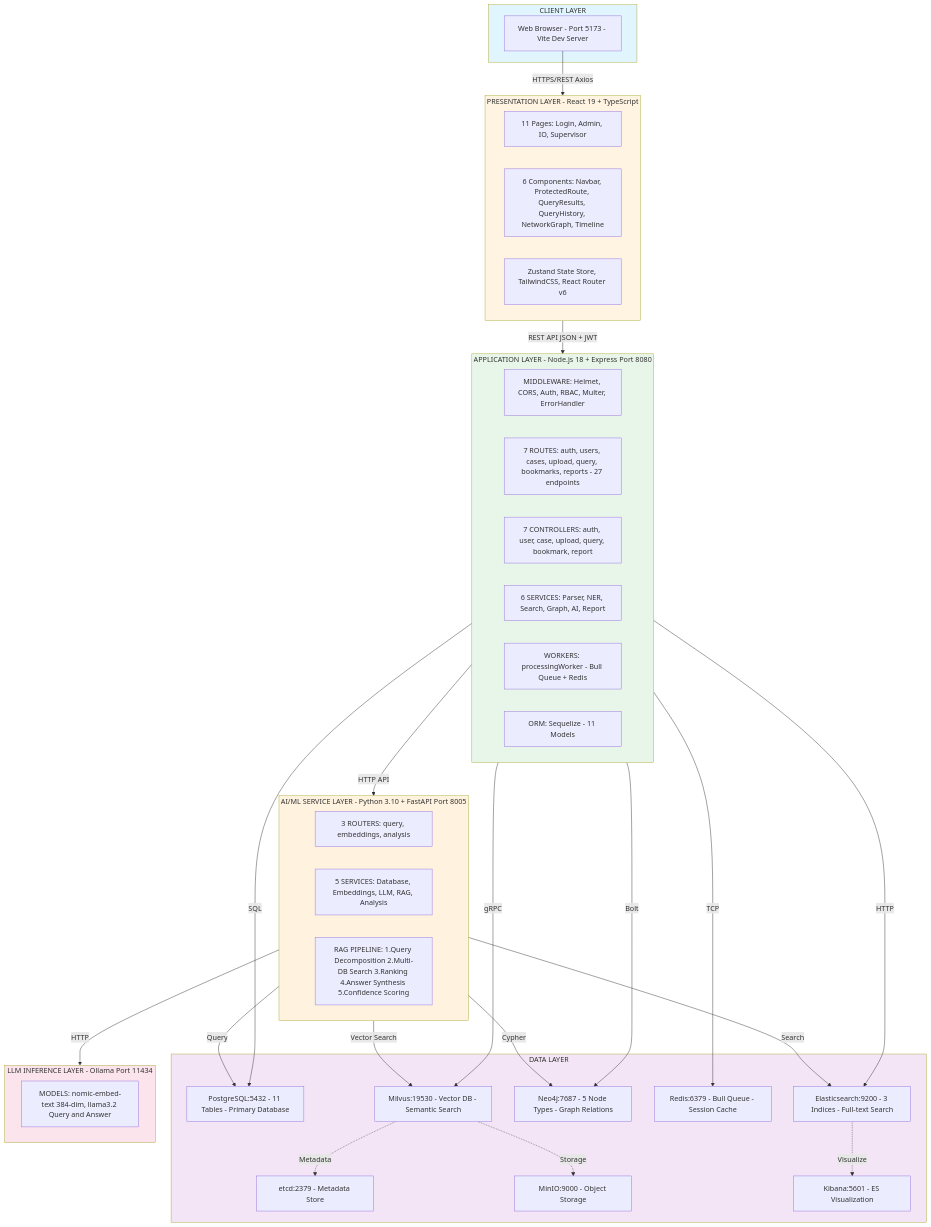
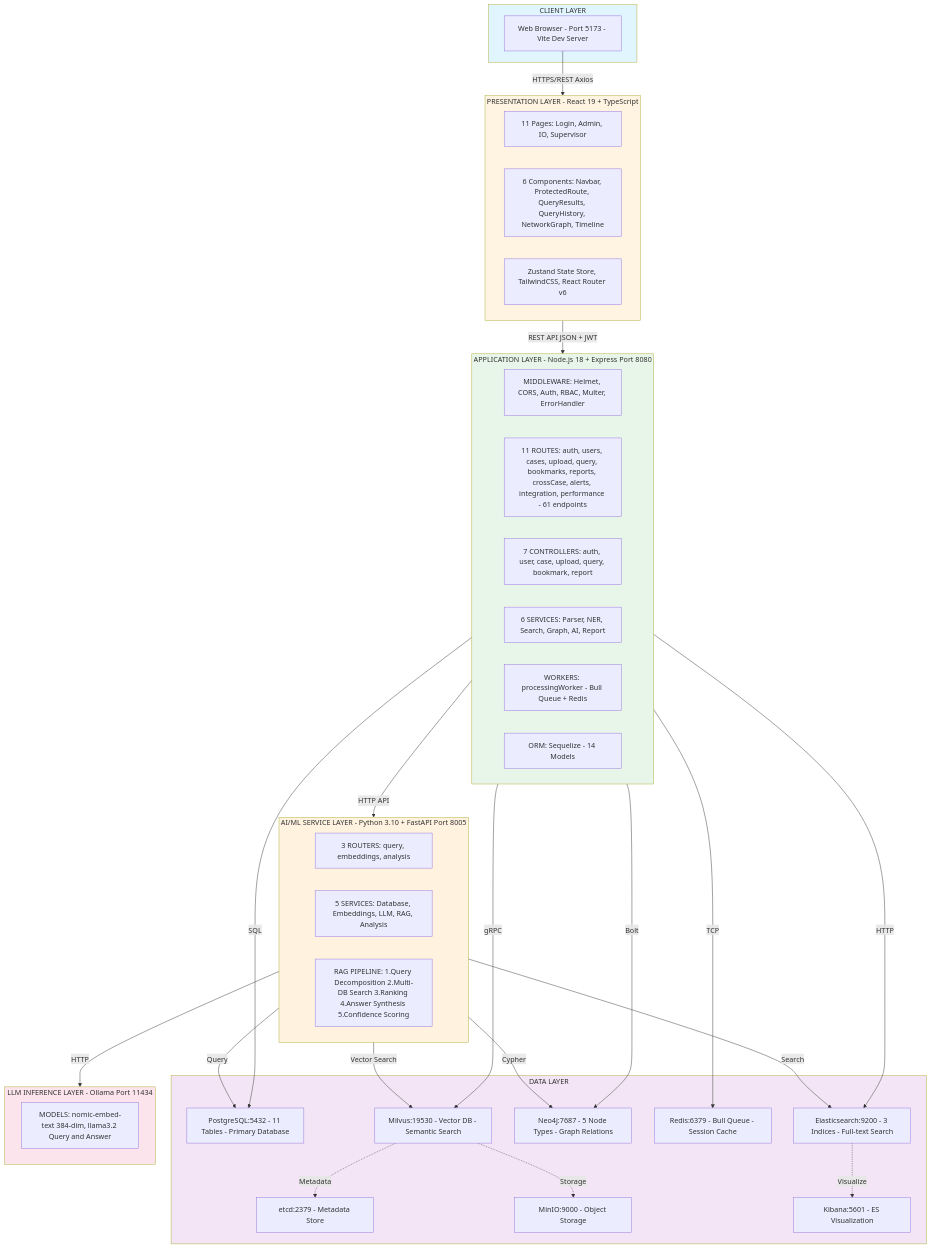
One commit to beingbrijesh/CopSight changed the diagram in ARCHITECTURE-DIAGRAM.md. Above: the diagram before and after it, drawn with Mermaid. The commit also changed other lines of this file and 182 other files, not shown here.

````diff
--- a/ARCHITECTURE-DIAGRAM.md
+++ b/ARCHITECTURE-DIAGRAM.md
@@ -5,66 +5,66 @@
 ```mermaid
 graph TB
     subgraph Client[CLIENT LAYER]
         Browser[Web Browser - Port 5173 - Vite Dev Server]
     end
     
     subgraph Frontend[PRESENTATION LAYER - React 19 + TypeScript]
         Pages[11 Pages: Login, Admin, IO, Supervisor]
         Components[6 Components: Navbar, ProtectedRoute, QueryResults, QueryHistory, NetworkGraph, Timeline]
         State[Zustand State Store, TailwindCSS, React Router v6]
     end
     
     subgraph Backend[APPLICATION LAYER - Node.js 18 + Express Port 8080]
         Middleware[MIDDLEWARE: Helmet, CORS, Auth, RBAC, Multer, ErrorHandler]
-        Routes[7 ROUTES: auth, users, cases, upload, query, bookmarks, reports - 27 endpoints]
+        Routes[11 ROUTES: auth, users, cases, upload, query, bookmarks, reports, crossCase, alerts, integration, performance - 61 endpoints]
         Controllers[7 CONTROLLERS: auth, user, case, upload, query, bookmark, report]
         Services[6 SERVICES: Parser, NER, Search, Graph, AI, Report]
         Workers[WORKERS: processingWorker - Bull Queue + Redis]
-        ORM[ORM: Sequelize - 11 Models]
+        ORM[ORM: Sequelize - 14 Models]
     end
     
     subgraph DataLayer[DATA LAYER]
         PG[PostgreSQL:5432 - 11 Tables - Primary Database]
         ES[Elasticsearch:9200 - 3 Indices - Full-text Search]
         Neo[Neo4j:7687 - 5 Node Types - Graph Relations]
         Redis[Redis:6379 - Bull Queue - Session Cache]
         Milvus[Milvus:19530 - Vector DB - Semantic Search]
         etcd[etcd:2379 - Metadata Store]
         MinIO[MinIO:9000 - Object Storage]
         Kibana[Kibana:5601 - ES Visualization]
     end
     
     subgraph AIService[AI/ML SERVICE LAYER - Python 3.10 + FastAPI Port 8005]
         AIRouters[3 ROUTERS: query, embeddings, analysis]
         AIServices[5 SERVICES: Database, Embeddings, LLM, RAG, Analysis]
         RAG[RAG PIPELINE: 1.Query Decomposition 2.Multi-DB Search 3.Ranking 4.Answer Synthesis 5.Confidence Scoring]
     end
     
     subgraph LLM[LLM INFERENCE LAYER - Ollama Port 11434]
         Models[MODELS: nomic-embed-text 384-dim, llama3.2 Query and Answer]
     end
     
     Browser -->|HTTPS/REST Axios| Frontend
     Frontend -->|REST API JSON + JWT| Backend
     Backend -->|SQL| PG
     Backend -->|HTTP| ES
     Backend -->|Bolt| Neo
     Backend -->|TCP| Redis
     Backend -->|gRPC| Milvus
     Backend -->|HTTP API| AIService
     AIService -->|HTTP| LLM
     AIService -->|Query| PG
     AIService -->|Search| ES
     AIService -->|Cypher| Neo
     AIService -->|Vector Search| Milvus
     Milvus -.->|Metadata| etcd
     Milvus -.->|Storage| MinIO
     ES -.->|Visualize| Kibana
     
     style Client fill:#e1f5ff
     style Frontend fill:#fff4e1
     style Backend fill:#e8f5e9
     style DataLayer fill:#f3e5f5
     style AIService fill:#fff3e0
     style LLM fill:#fce4ec
 ```
````
